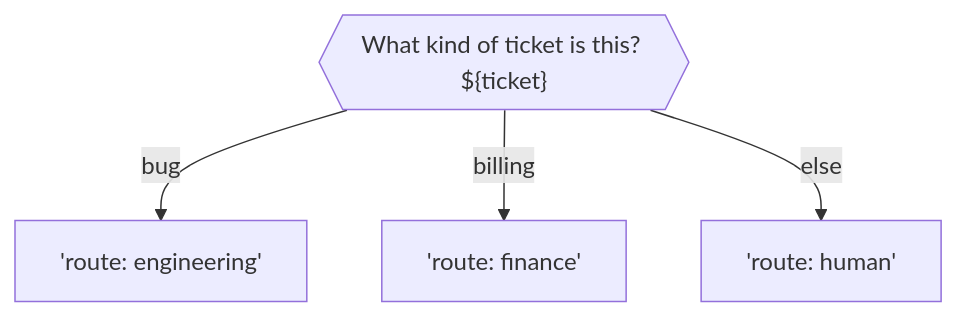
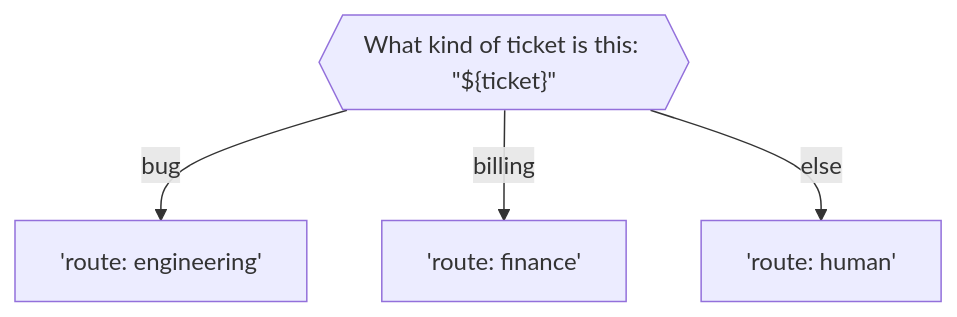
One commit to paniq/merman changed the diagram in README.md. Above: the diagram before and after it, drawn with Mermaid. The commit also changed 1 other file, not shown here.

Commit message:
* fixed triage example

````diff
--- a/README.md
+++ b/README.md
@@ -3,6 +3,6 @@
 ```mermaid
 flowchart TD
-    classify{{"What kind of ticket is this? ${ticket}"}} -->|bug| eng["'route: engineering'"]
+    classify{{"What kind of ticket is this: #quot;${ticket}#quot;"}} -->|bug| eng["'route: engineering'"]
     classify -->|billing| fin["'route: finance'"]
     classify -->|else| human["'route: human'"]
 ```
````
